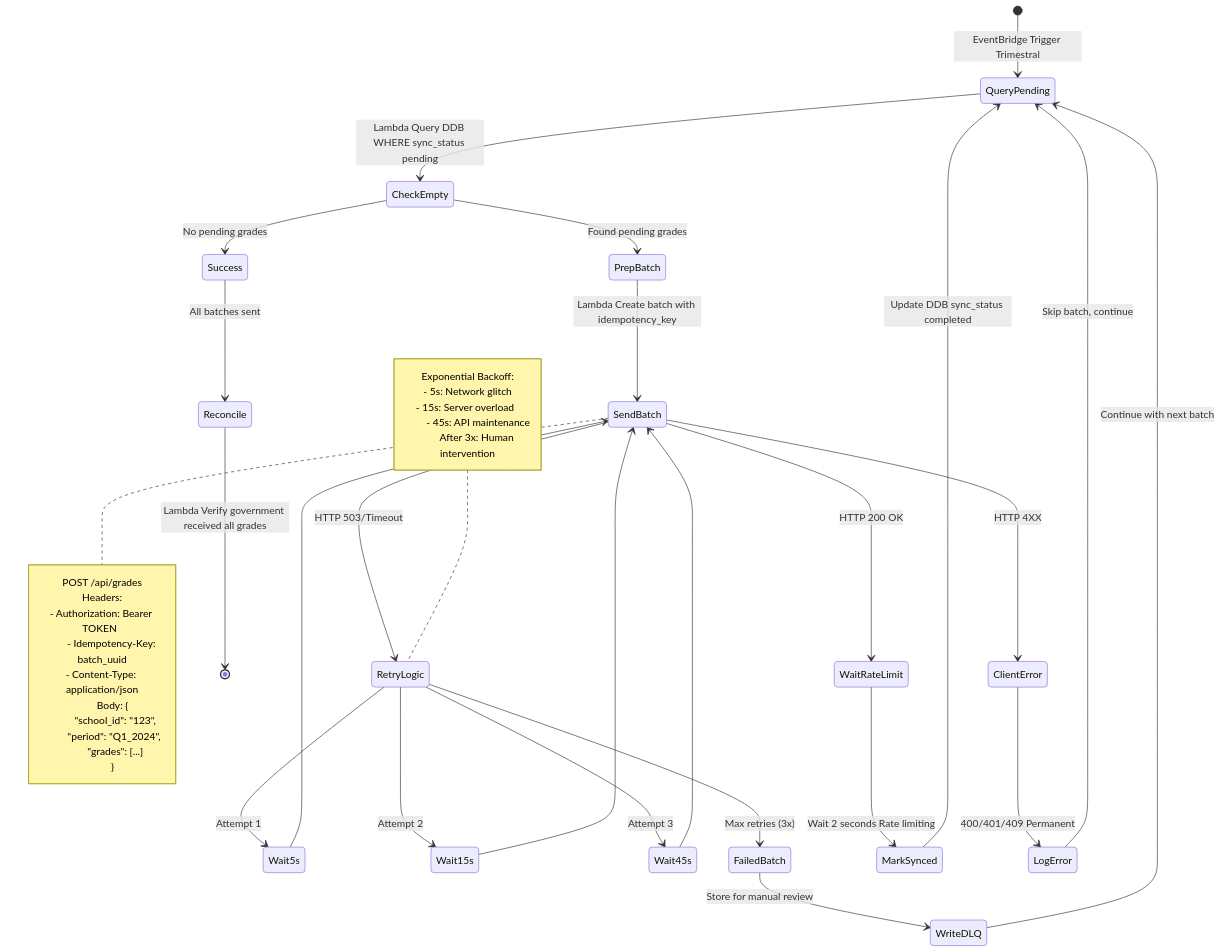
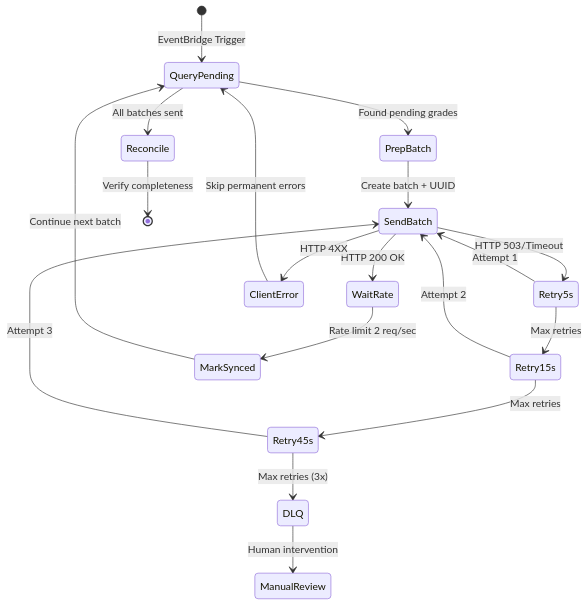
One commit to fabzter/luca-home-assessment changed the fourth of 5 diagrams in README.md. Above: the diagram before and after it, drawn with Mermaid. The commit also changed other lines of this file and 1 other file, not shown here.

````diff
--- a/README.md
+++ b/README.md
@@ -318,57 +184,26 @@
 ```mermaid
 stateDiagram-v2
-    [*] --> QueryPending : EventBridge Trigger Trimestral
+    [*] --> QueryPending : EventBridge Trigger
+    QueryPending --> PrepBatch : Found pending grades
+    PrepBatch --> SendBatch : Create batch + UUID
     
-    QueryPending --> CheckEmpty : Lambda Query DDB WHERE sync_status pending
-    CheckEmpty --> Success : No pending grades
-    CheckEmpty --> PrepBatch : Found pending grades
-    
-    PrepBatch --> SendBatch : Lambda Create batch with idempotency_key
-    
-    SendBatch --> WaitRateLimit : HTTP 200 OK
-    SendBatch --> RetryLogic : HTTP 503/Timeout
+    SendBatch --> WaitRate : HTTP 200 OK
+    SendBatch --> Retry5s : HTTP 503/Timeout
     SendBatch --> ClientError : HTTP 4XX
     
-    RetryLogic --> Wait5s : Attempt 1
-    Wait5s --> SendBatch
-    RetryLogic --> Wait15s : Attempt 2  
-    Wait15s --> SendBatch
-    RetryLogic --> Wait45s : Attempt 3
-    Wait45s --> SendBatch
-    RetryLogic --> FailedBatch : Max retries (3x)
+    Retry5s --> SendBatch : Attempt 1
+    Retry5s --> Retry15s : Max retries
+    Retry15s --> SendBatch : Attempt 2
+    Retry15s --> Retry45s : Max retries
+    Retry45s --> SendBatch : Attempt 3
+    Retry45s --> DLQ : Max retries (3x)
     
-    WaitRateLimit --> MarkSynced : Wait 2 seconds Rate limiting
-    MarkSynced --> QueryPending : Update DDB sync_status completed
+    WaitRate --> MarkSynced : Rate limit 2 req/sec
+    MarkSynced --> QueryPending : Continue next batch
     
-    ClientError --> LogError : 400/401/409 Permanent
-    LogError --> QueryPending : Skip batch, continue
+    ClientError --> QueryPending : Skip permanent errors
+    DLQ --> ManualReview : Human intervention
     
-    FailedBatch --> WriteDLQ : Store for manual review
-    WriteDLQ --> QueryPending : Continue with next batch
-    
-    Success --> Reconcile : All batches sent
-    Reconcile --> [*] : Lambda Verify government received all grades
-    
-    note right of SendBatch
-        POST /api/grades
-        Headers:
-        - Authorization: Bearer TOKEN  
-        - Idempotency-Key: batch_uuid
-        - Content-Type: application/json
-        
-        Body: {
-          "school_id": "123",
-          "period": "Q1_2024", 
-          "grades": [...]
-        }
-    end note
-    
-    note left of RetryLogic
-        Exponential Backoff:
-        - 5s: Network glitch
-        - 15s: Server overload  
-        - 45s: API maintenance
-        
-        After 3x: Human intervention
-    end note
+    QueryPending --> Reconcile : All batches sent
+    Reconcile --> [*] : Verify completeness
 ```
````
